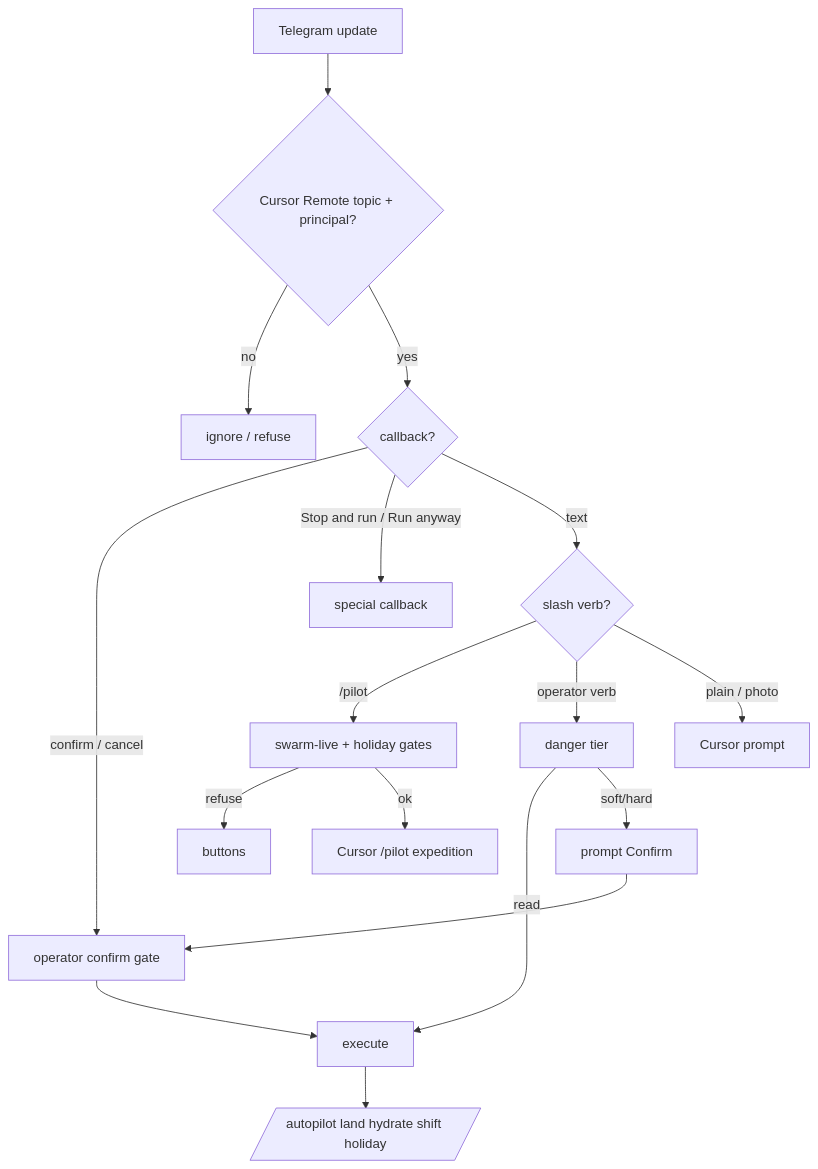
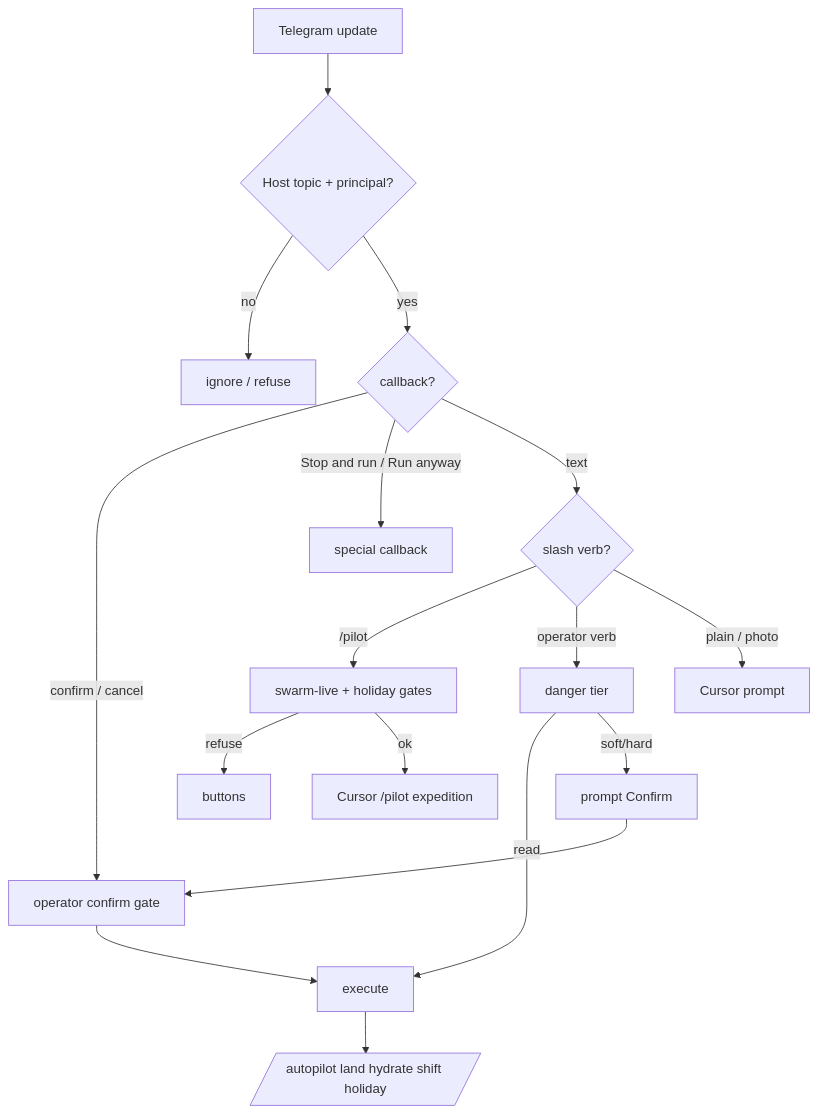
Before and after one commit to ldecorps/swarmforgevc: the diagram in docs/diagrams/cursor-remote-flow.mmd, drawn with Mermaid. The commit also changed 10 other files, not shown here.

```diff
--- a/docs/diagrams/cursor-remote-flow.mmd
+++ b/docs/diagrams/cursor-remote-flow.mmd
@@ -1,18 +1,19 @@
-%% BL-698 / BL-704 — Cursor Remote inbound flow
+%% BL-698 / BL-704 / BL-725 — Host topic inbound flow (the Cursor Remote
+%% bridge module's own standing topic, renamed Host in live Telegram)
 flowchart TD
-  A[Telegram update] --> B{Cursor Remote topic + principal?}
+  A[Telegram update] --> B{Host topic + principal?}
   B -->|no| Z[ignore / refuse]
   B -->|yes| C{callback?}
   C -->|confirm / cancel| D[operator confirm gate]
   C -->|Stop and run / Run anyway| E[special callback]
   C -->|text| F{slash verb?}
   F -->|/pilot| G[swarm-live + holiday gates]
   F -->|operator verb| H[danger tier]
   F -->|plain / photo| I[Cursor prompt]
   H -->|read| J[execute]
   H -->|soft/hard| K[prompt Confirm]
   K --> D
   D --> J
   G -->|refuse| L[buttons]
   G -->|ok| M[Cursor /pilot expedition]
   J --> N[/autopilot land hydrate shift holiday/]
```
